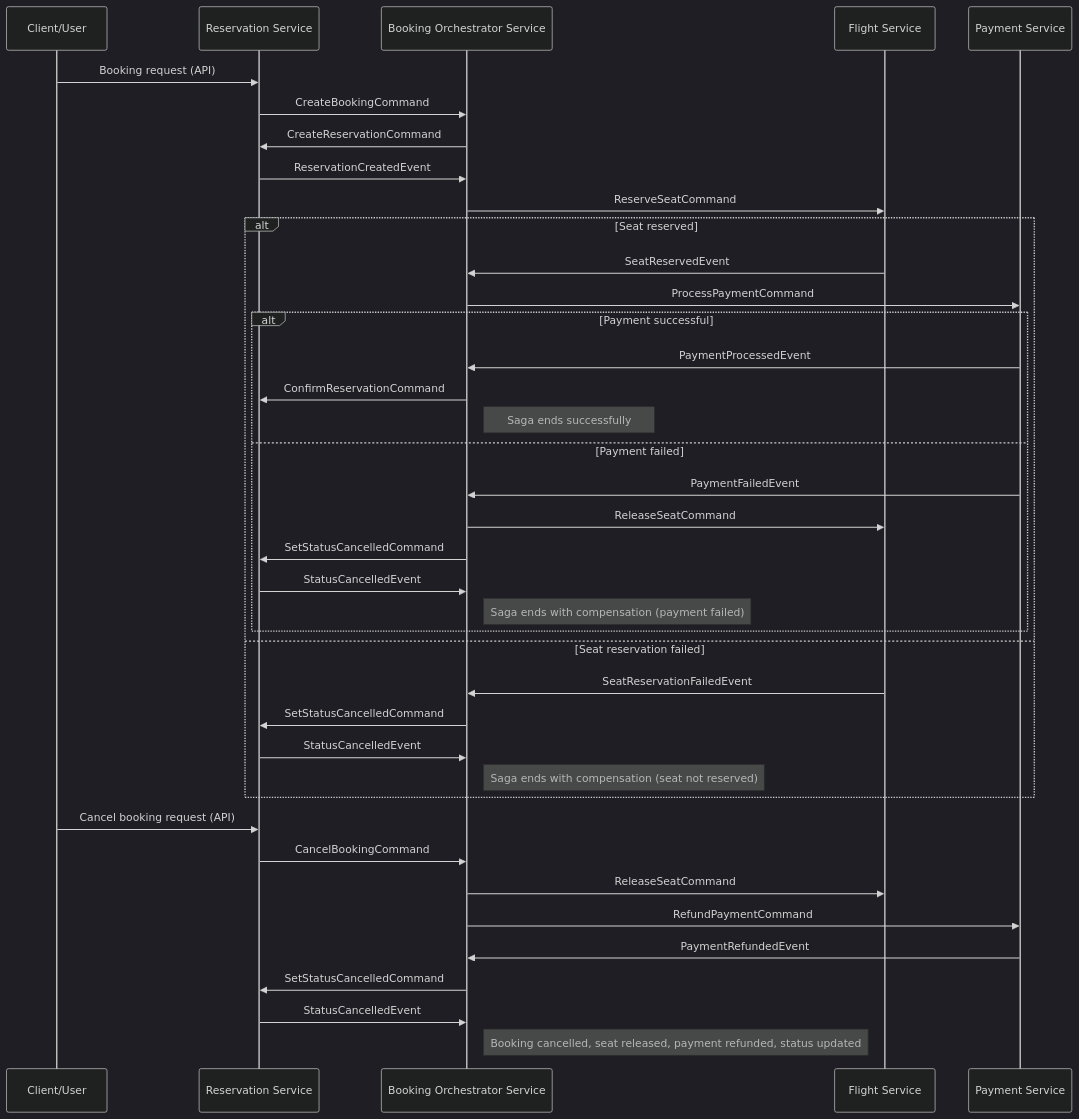
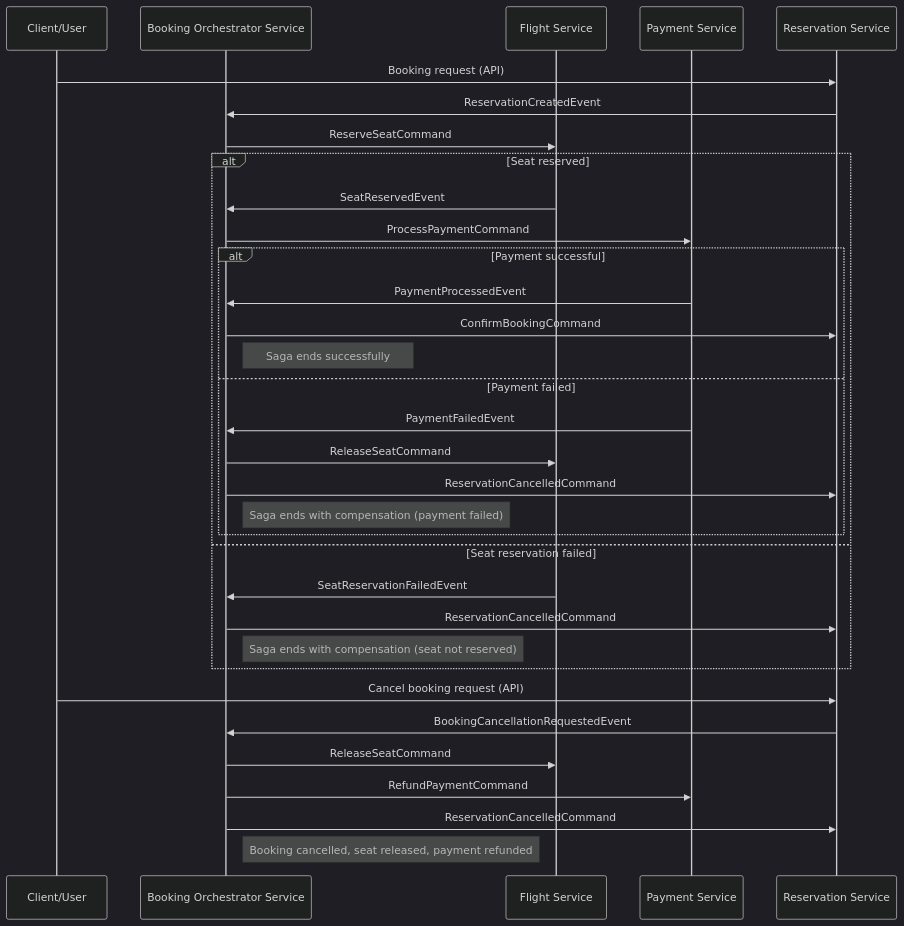
One commit to vstebletsov89/spring-boot-microservices-saga changed the diagram in saga.mmd. Above: the diagram before and after it, drawn with Mermaid (dark theme). The commit also changed 80 other files, not shown here.

```diff
--- a/saga.mmd
+++ b/saga.mmd
@@ -1,46 +1,41 @@
 sequenceDiagram
     participant UI as Client/User
-    participant RS as Reservation Service
     participant BOS as Booking Orchestrator Service
     participant FCS as Flight Service
     participant PS as Payment Service
+    participant RS as Reservation Service
 
-%% Main booking flow
+%% Saga start: booking created
     UI->>RS: Booking request (API)
-    RS->>BOS: CreateBookingCommand
-    BOS->>RS: CreateReservationCommand
     RS->>BOS: ReservationCreatedEvent
+    BOS->>FCS: ReserveSeatCommand
 
-    BOS->>FCS: ReserveSeatCommand
     alt Seat reserved
         FCS->>BOS: SeatReservedEvent
         BOS->>PS: ProcessPaymentCommand
 
         alt Payment successful
             PS->>BOS: PaymentProcessedEvent
-            BOS->>RS: ConfirmReservationCommand
+            BOS->>RS: ConfirmBookingCommand
             Note right of BOS: Saga ends successfully
+
         else Payment failed
             PS->>BOS: PaymentFailedEvent
             BOS->>FCS: ReleaseSeatCommand
-            BOS->>RS: SetStatusCancelledCommand
-            RS->>BOS: StatusCancelledEvent
+            BOS->>RS: ReservationCancelledCommand
             Note right of BOS: Saga ends with compensation (payment failed)
         end
 
     else Seat reservation failed
         FCS->>BOS: SeatReservationFailedEvent
-        BOS->>RS: SetStatusCancelledCommand
-        RS->>BOS: StatusCancelledEvent
+        BOS->>RS: ReservationCancelledCommand
         Note right of BOS: Saga ends with compensation (seat not reserved)
     end
 
-%% Booking cancellation by user
+%% User-initiated booking cancellation
     UI->>RS: Cancel booking request (API)
-    RS->>BOS: CancelBookingCommand
+    RS->>BOS: BookingCancellationRequestedEvent
     BOS->>FCS: ReleaseSeatCommand
     BOS->>PS: RefundPaymentCommand
-    PS->>BOS: PaymentRefundedEvent
-    BOS->>RS: SetStatusCancelledCommand
-    RS->>BOS: StatusCancelledEvent
-    Note right of BOS: Booking cancelled, seat released, payment refunded, status updated
+    BOS->>RS: ReservationCancelledCommand
+    Note right of BOS: Booking cancelled, seat released, payment refunded
```
